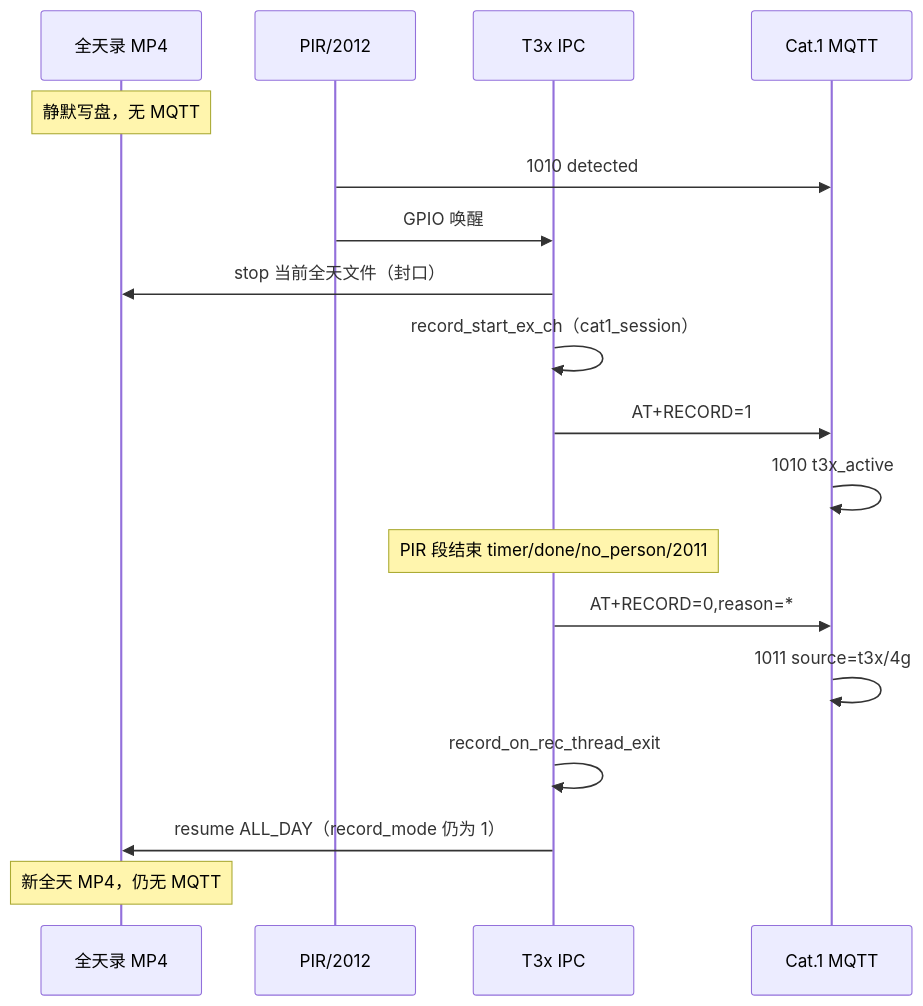
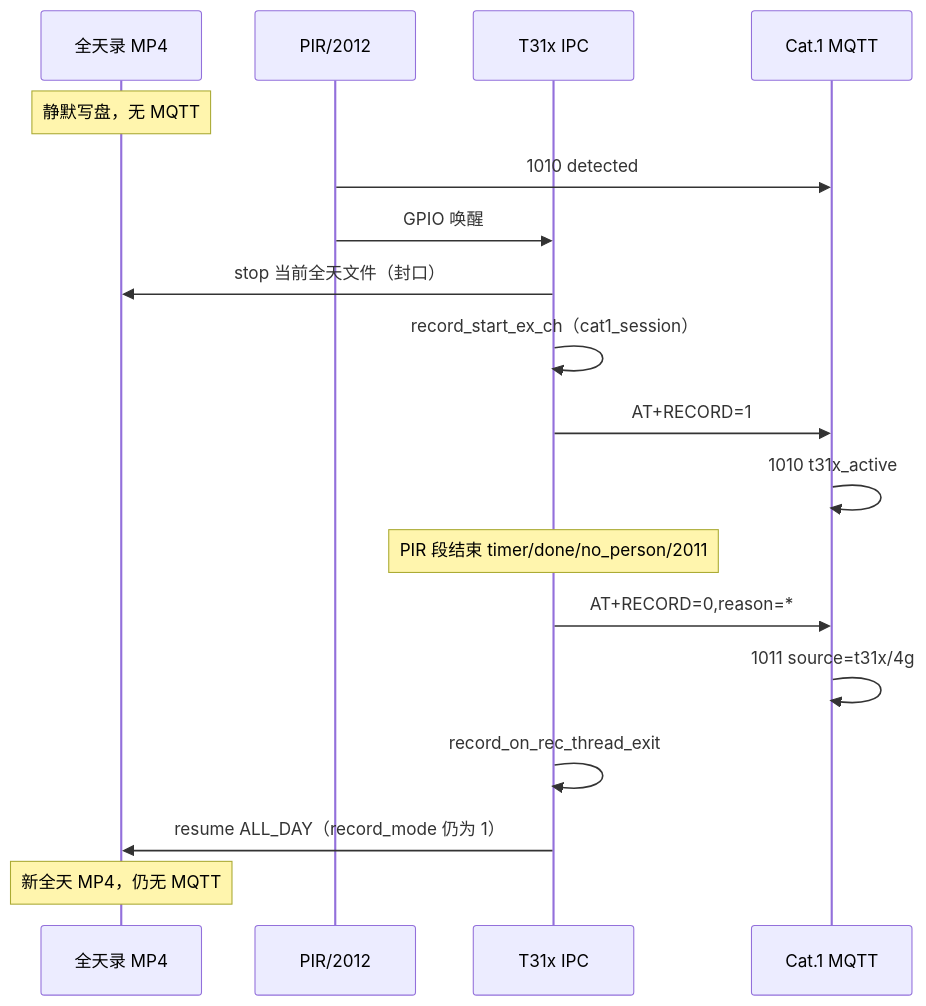
Before and after one commit to dzr1986/AIR780EHM: the diagram in doc/allday_pir_record_backend_dispatch.md, drawn with Mermaid. The commit also changed other lines of this file and 402 other files, not shown here.

````diff
--- a/doc/allday_pir_record_backend_dispatch.md
+++ b/doc/allday_pir_record_backend_dispatch.md
@@ -30,21 +30,21 @@
 ```mermaid
 sequenceDiagram
     participant AD as 全天录 MP4
     participant PIR as PIR/2012
-    participant T3x as T3x IPC
+    participant T31x as T31x IPC
     participant C4G as Cat.1 MQTT
 
     Note over AD: 静默写盘，无 MQTT
     PIR->>C4G: 1010 detected
-    PIR->>T3x: GPIO 唤醒
-  T3x->>AD: stop 当前全天文件（封口）
-    T3x->>T3x: record_start_ex_ch（cat1_session）
-    T3x->>C4G: AT+RECORD=1
-    C4G->>C4G: 1010 t3x_active
-    Note over T3x: PIR 段结束 timer/done/no_person/2011
-    T3x->>C4G: AT+RECORD=0,reason=*
-    C4G->>C4G: 1011 source=t3x/4g
-    T3x->>T3x: record_on_rec_thread_exit
-    T3x->>AD: resume ALL_DAY（record_mode 仍为 1）
+    PIR->>T31x: GPIO 唤醒
+  T31x->>AD: stop 当前全天文件（封口）
+    T31x->>T31x: record_start_ex_ch（cat1_session）
+    T31x->>C4G: AT+RECORD=1
+    C4G->>C4G: 1010 t31x_active
+    Note over T31x: PIR 段结束 timer/done/no_person/2011
+    T31x->>C4G: AT+RECORD=0,reason=*
+    C4G->>C4G: 1011 source=t31x/4g
+    T31x->>T31x: record_on_rec_thread_exit
+    T31x->>AD: resume ALL_DAY（record_mode 仍为 1）
     Note over AD: 新全天 MP4，仍无 MQTT
 ```
````
